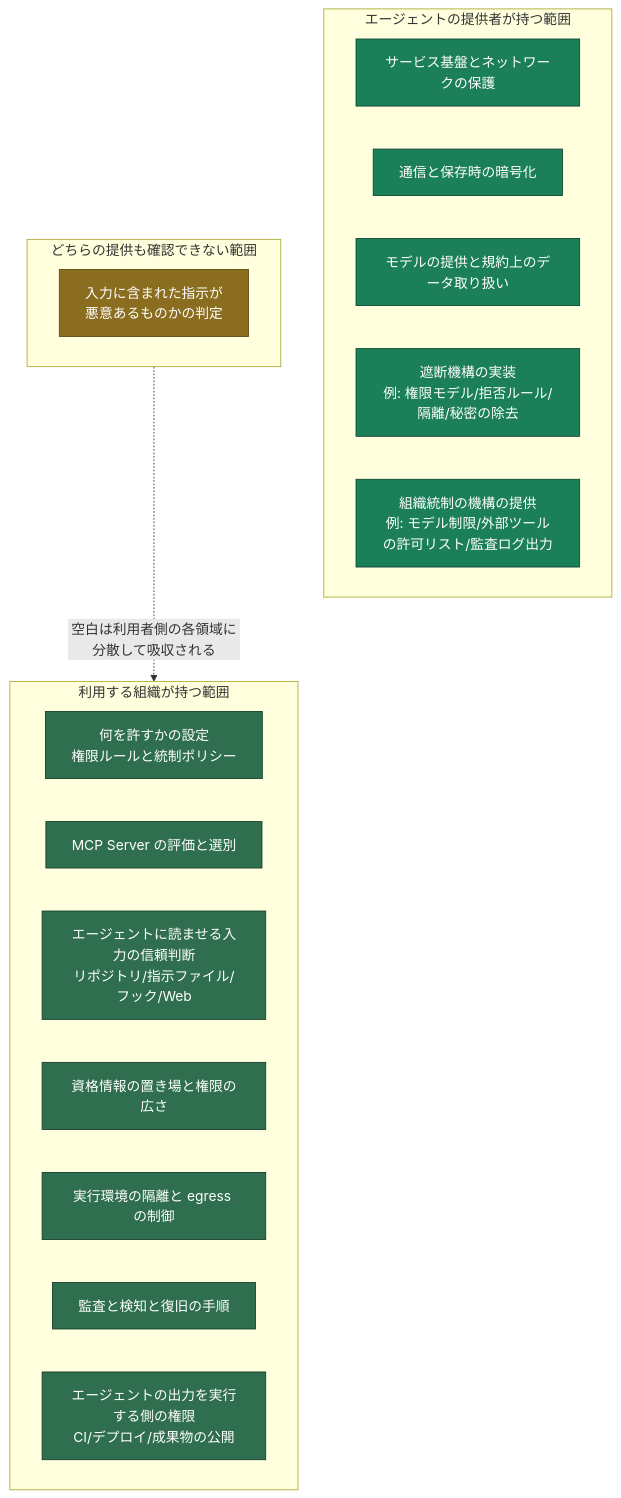
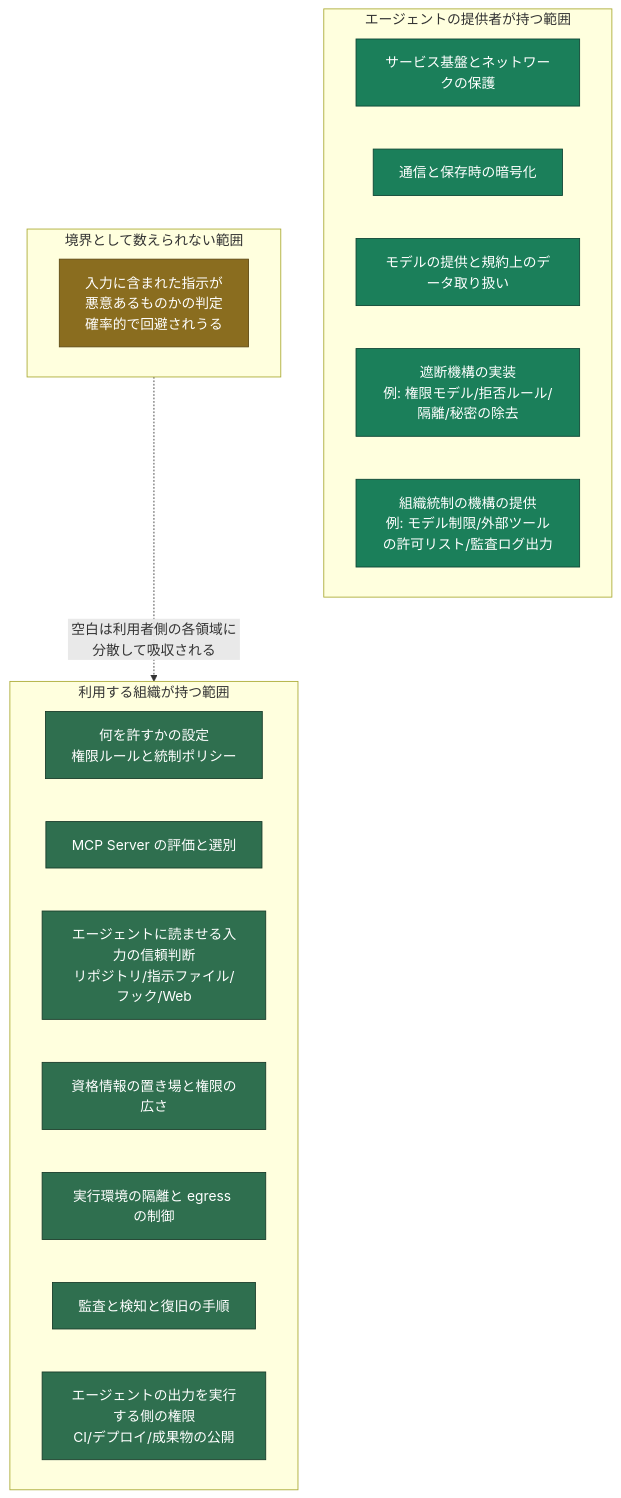
One commit to littlemex/zenn changed the second of 3 diagrams in articles/0f467b2807e1fc.md. Above: the diagram before and after it, drawn with Mermaid. The commit also changed other lines of this file, not shown here.

````diff
--- a/articles/0f467b2807e1fc.md
+++ b/articles/0f467b2807e1fc.md
@@ -117,33 +127,33 @@
 ```mermaid
 graph TB
     subgraph PROVIDER["エージェントの提供者が持つ範囲"]
         A1[サービス基盤とネットワークの保護]
         A2[通信と保存時の暗号化]
         A3[モデルの提供と規約上のデータ取り扱い]
         A4[遮断機構の実装<br/>例: 権限モデル/拒否ルール/隔離/秘密の除去]
         A5[組織統制の機構の提供<br/>例: モデル制限/外部ツールの許可リスト/監査ログ出力]
     end
 
-    subgraph GAP["どちらの提供も確認できない範囲"]
-        G1[入力に含まれた指示が<br/>悪意あるものかの判定]
+    subgraph GAP["境界として数えられない範囲"]
+        G1[入力に含まれた指示が<br/>悪意あるものかの判定<br/>確率的で回避されうる]
     end
 
     subgraph CUST["利用する組織が持つ範囲"]
         C1[何を許すかの設定<br/>権限ルールと統制ポリシー]
         C2[MCP Server の評価と選別]
         C3[エージェントに読ませる入力の信頼判断<br/>リポジトリ/指示ファイル/フック/Web]
         C4[資格情報の置き場と権限の広さ]
         C5[実行環境の隔離と egress の制御]
         C6[監査と検知と復旧の手順]
         C7[エージェントの出力を実行する側の権限<br/>CI/デプロイ/成果物の公開]
     end
 
     GAP -.->|空白は利用者側の各領域に分散して吸収される| CUST
 
     classDef provider fill:#1b7f5a,stroke:#0d4433,color:#ffffff
     classDef gap fill:#8a6d1f,stroke:#5c4813,color:#ffffff
     classDef cust fill:#2f6f4f,stroke:#173a29,color:#ffffff
     class A1,A2,A3,A4,A5 provider
     class G1 gap
     class C1,C2,C3,C4,C5,C6,C7 cust
 ```
````
